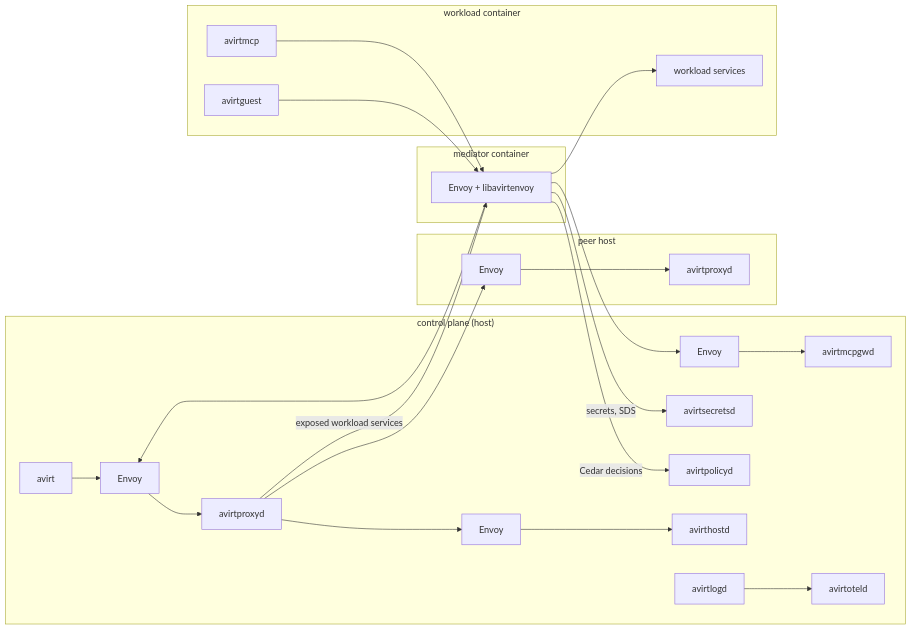
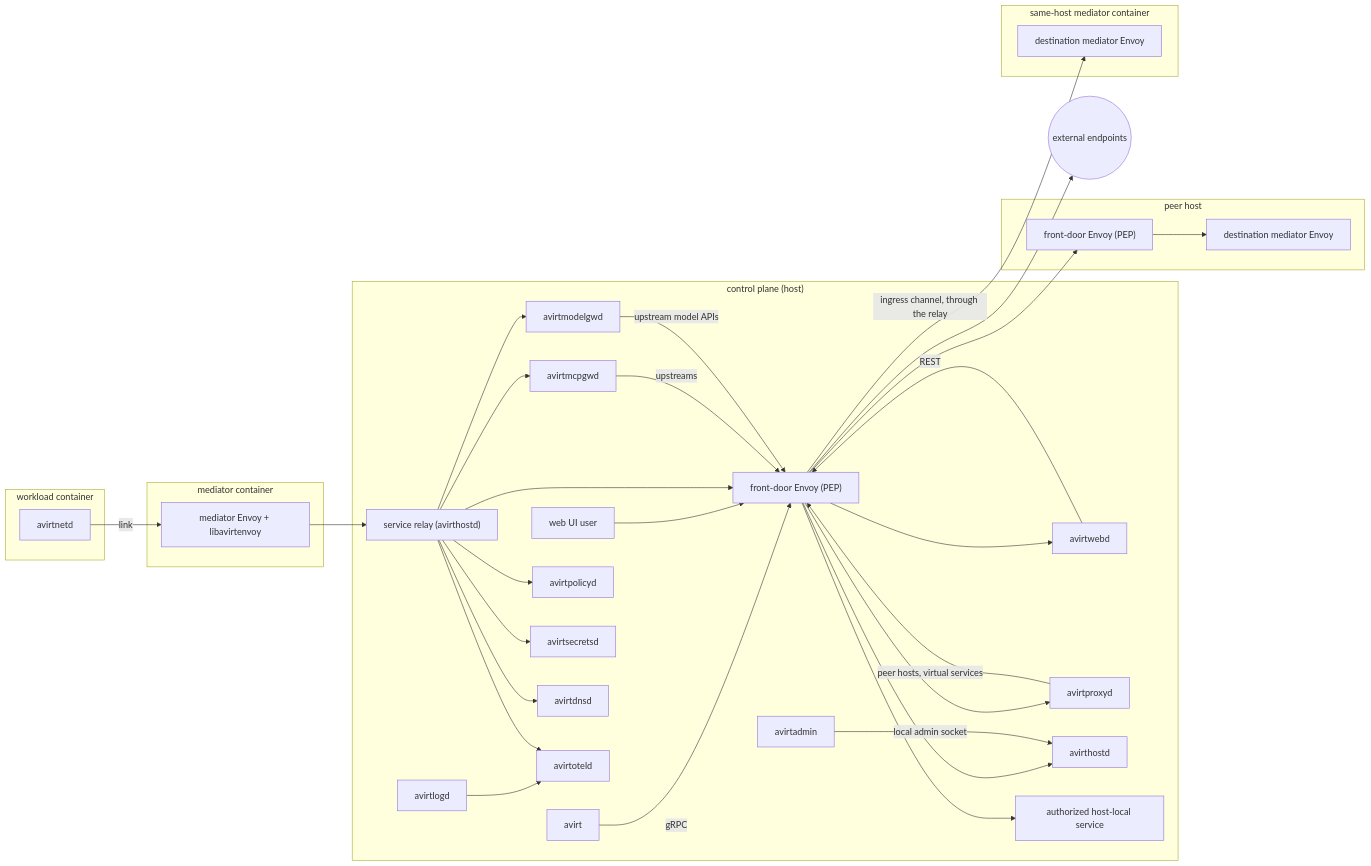
The fifth of 5 diagrams in docs/components.md (tbhb-dev/avirt), drawn with Mermaid before and after one commit. The commit also changed other lines of this file and 32 other files, not shown here.

First line of the commit message:
docs: plan the avirt component architecture and workspaces

````diff
--- a/docs/components.md
+++ b/docs/components.md
@@ -163,34 +344,59 @@
 ```mermaid
 flowchart LR
     subgraph host["control plane (host)"]
         cli["avirt"]
-        pe["Envoy"] --> proxyd["avirtproxyd"]
-        he["Envoy"] --> hostd["avirthostd"]
-        ge["Envoy"] --> mcpgw["avirtmcpgwd"]
+        admin["avirtadmin"]
+        webui["web UI user"]
+        webd["avirtwebd"]
+        fd["front-door Envoy (PEP)"]
+        relay["service relay (avirthostd)"]
+        proxyd["avirtproxyd"]
+        hostd["avirthostd"]
+        mcpgw["avirtmcpgwd"]
+        modelgw["avirtmodelgwd"]
         policy["avirtpolicyd"]
         secrets["avirtsecretsd"]
-        logd["avirtlogd"] --> otel["avirtoteld"]
+        dns["avirtdnsd"]
+        otel["avirtoteld"]
+        logd["avirtlogd"] --> otel
+        hl["authorized host-local service"]
     end
     subgraph peer["peer host"]
-        ppe["Envoy"] --> pproxyd["avirtproxyd"]
+        pfd["front-door Envoy (PEP)"]
+        pme["destination mediator Envoy"]
+        pfd --> pme
     end
     subgraph med["mediator container"]
-        me["Envoy + libavirtenvoy"]
+        me["mediator Envoy + libavirtenvoy"]
+    end
+    subgraph med2["same-host mediator container"]
+        me2["destination mediator Envoy"]
     end
     subgraph wl["workload container"]
-        mcp["avirtmcp"]
-        guest["avirtguest"]
-        svc["workload services"]
+        net["avirtnetd"]
     end
-    cli --> pe
-    proxyd --> he
-    proxyd --> ppe
-    me -->|"Cedar decisions"| policy
-    me -->|"secrets, SDS"| secrets
-    mcp --> me
-    me --> ge
-    guest --> me
-    me --> pe
-    proxyd -->|"exposed workload services"| me
-    me --> svc
+    ext(("external endpoints"))
+    cli -->|"gRPC"| fd
+    webui --> fd
+    fd --> webd
+    webd -->|"REST"| fd
+    fd --> proxyd
+    fd --> hostd
+    proxyd -->|"peer hosts, virtual services"| fd
+    net -->|"link"| me
+    me --> relay
+    relay --> mcpgw
+    relay --> modelgw
+    relay --> policy
+    relay --> secrets
+    relay --> dns
+    relay --> otel
+    relay --> fd
+    admin -->|"local admin socket"| hostd
+    fd -->|"ingress channel, through the relay"| me2
+    fd --> hl
+    fd --> ext
+    fd --> pfd
+    mcpgw -->|"upstreams"| fd
+    modelgw -->|"upstream model APIs"| fd
 ```
````
